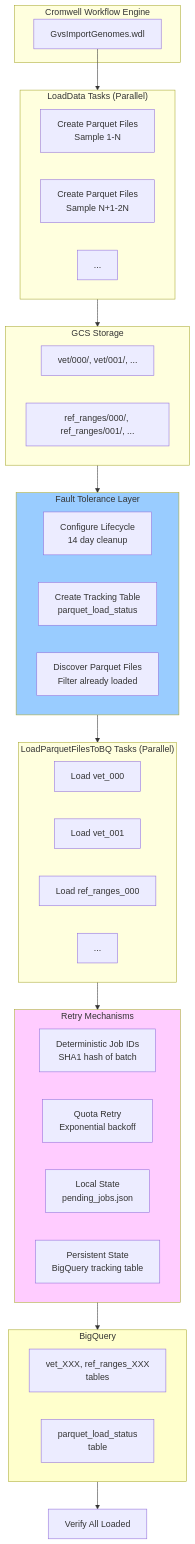
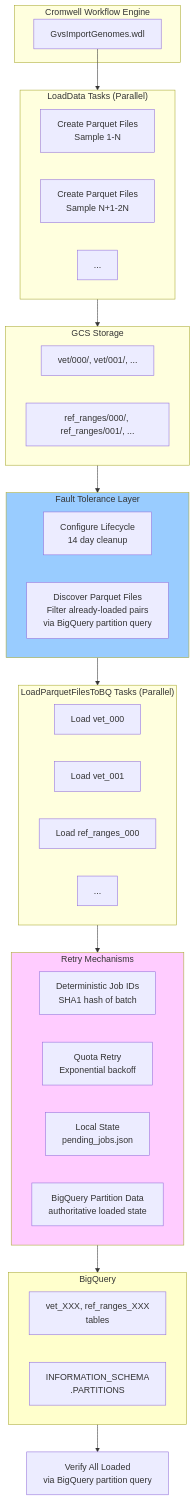
Before and after one commit to broadinstitute/gatk: the first of 5 diagrams in scripts/variantstore/docs/parquet/parquet_loading_fault_tolerance_uml.md, drawn with Mermaid. The commit also changed other lines of this file and 10 other files, not shown here.

Commit message:
Do away with `parquet_load_status` table [VS-1829]

````diff
--- a/scripts/variantstore/docs/parquet/parquet_loading_fault_tolerance_uml.md
+++ b/scripts/variantstore/docs/parquet/parquet_loading_fault_tolerance_uml.md
@@ -8,56 +8,55 @@
 ```mermaid
 flowchart TB
     subgraph Cromwell["Cromwell Workflow Engine"]
         WDL[GvsImportGenomes.wdl]
     end
     
     subgraph LoadDataTask["LoadData Tasks (Parallel)"]
         LD1[Create Parquet Files<br/>Sample 1-N]
         LD2[Create Parquet Files<br/>Sample N+1-2N]
         LD3[...]
     end
     
     subgraph GCS["GCS Storage"]
         VET["vet/000/, vet/001/, ..."]
         REF["ref_ranges/000/, ref_ranges/001/, ..."]
     end
     
     subgraph FaultTolerance["Fault Tolerance Layer"]
         Lifecycle[Configure Lifecycle<br/>14 day cleanup]
-        Track[Create Tracking Table<br/>parquet_load_status]
-        Discover[Discover Parquet Files<br/>Filter already loaded]
+        Discover[Discover Parquet Files<br/>Filter already-loaded pairs<br/>via BigQuery partition query]
     end
     
     subgraph LoadTasks["LoadParquetFilesToBQ Tasks (Parallel)"]
         LT1[Load vet_000]
         LT2[Load vet_001]
         LT3[Load ref_ranges_000]
         LT4[...]
     end
     
     subgraph RetryLogic["Retry Mechanisms"]
         Det[Deterministic Job IDs<br/>SHA1 hash of batch]
         Quota[Quota Retry<br/>Exponential backoff]
         Local[Local State<br/>pending_jobs.json]
-        Persist[Persistent State<br/>BigQuery tracking table]
+        BQState[BigQuery Partition Data<br/>authoritative loaded state]
     end
     
     subgraph BigQuery["BigQuery"]
         Tables[vet_XXX, ref_ranges_XXX<br/>tables]
-        TrackTable[parquet_load_status<br/>table]
+        Partitions[INFORMATION_SCHEMA<br/>.PARTITIONS]
     end
     
-    Verify[Verify All Loaded]
+    Verify[Verify All Loaded<br/>via BigQuery partition query]
     
     WDL --> LoadDataTask
     LoadDataTask --> GCS
     GCS --> FaultTolerance
     FaultTolerance --> LoadTasks
     LoadTasks --> RetryLogic
     RetryLogic --> BigQuery
     BigQuery --> Verify
     
     style FaultTolerance fill:#9cf
     style RetryLogic fill:#fcf
     style BigQuery fill:#ffc
 ```
````
